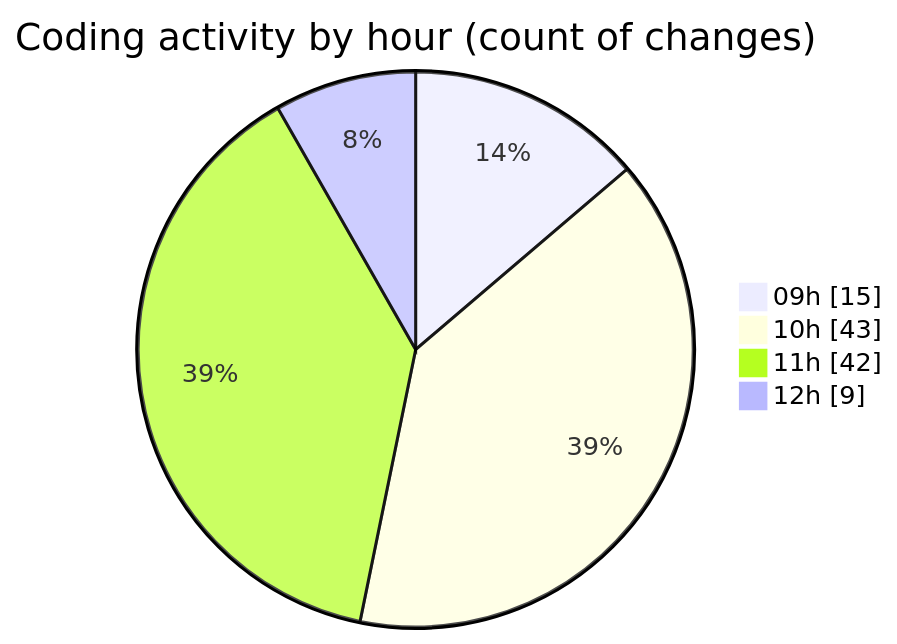
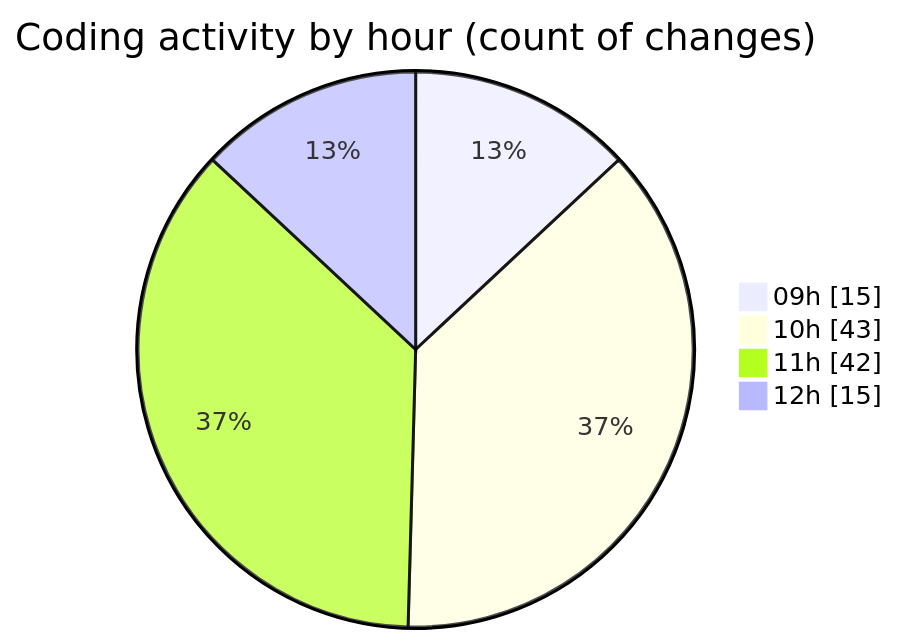
One commit to momahboobian/code-tracking changed the second of 2 diagrams in 2025-09-30/cda/README.md. Above: the diagram before and after it, drawn with Mermaid. The commit also changed other lines of this file and 1 other file, not shown here.

````diff
--- a/2025-09-30/cda/README.md
+++ b/2025-09-30/cda/README.md
@@ -32,8 +32,8 @@
 ```mermaid
 pie showData
 title Coding activity by hour (count of changes)
 "09h" : 15
 "10h" : 43
 "11h" : 42
-"12h" : 9
+"12h" : 15
 ```
````
